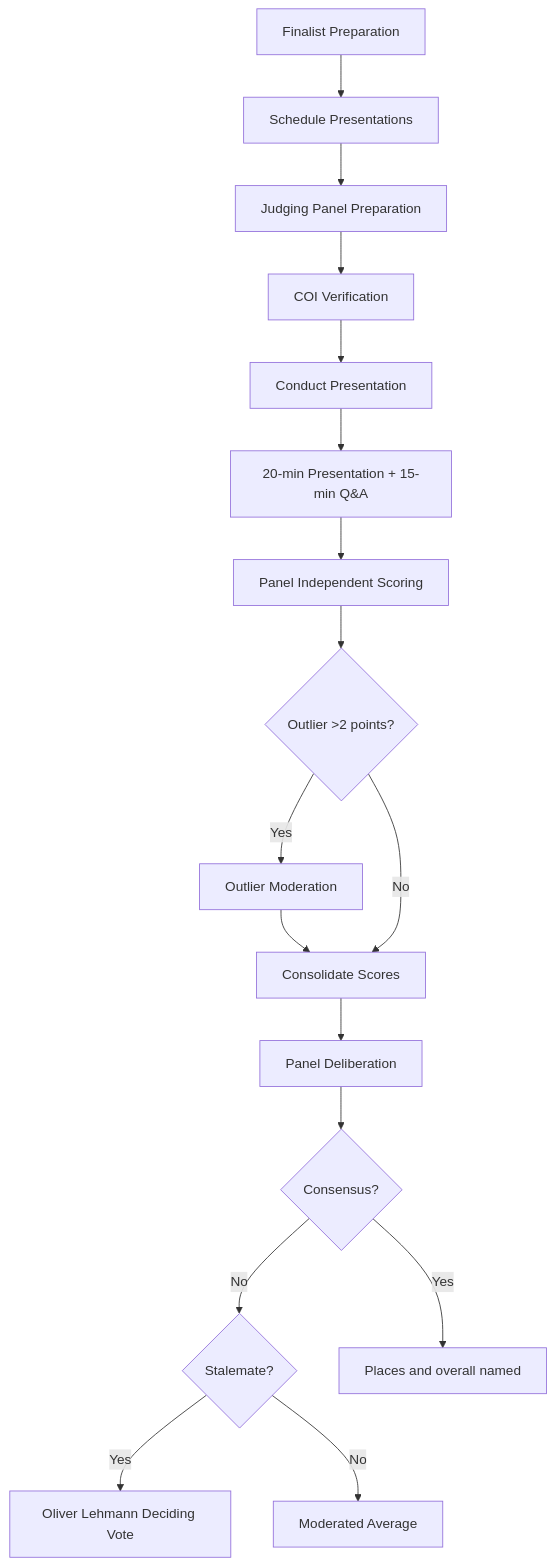
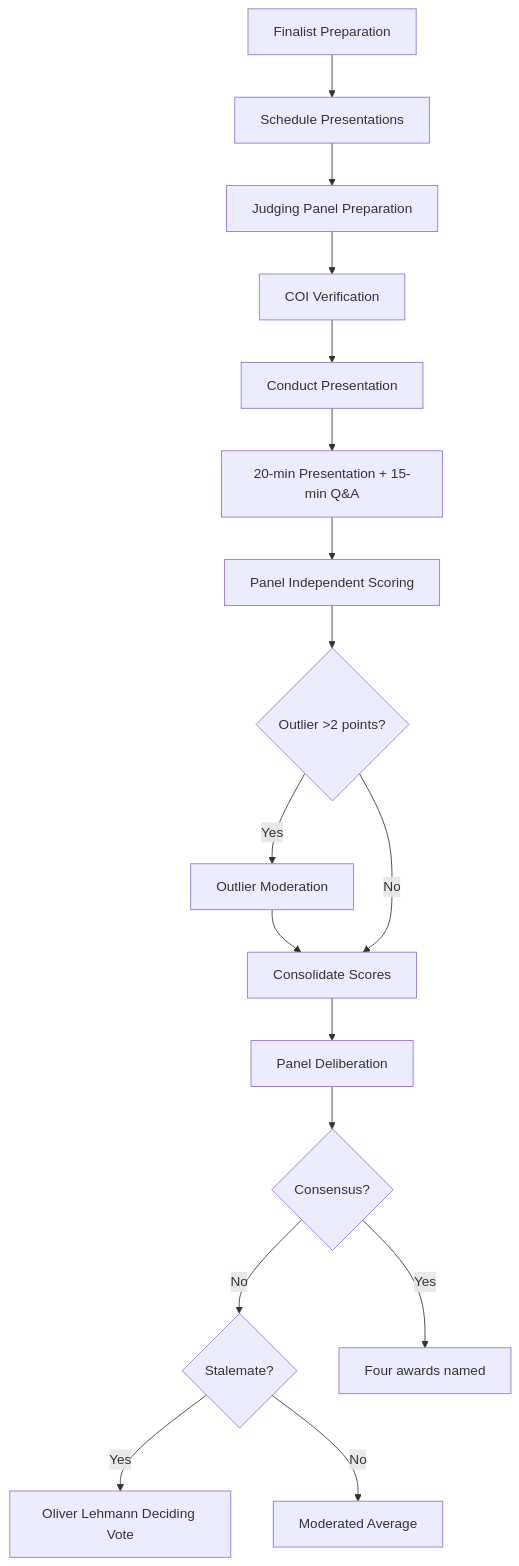
The second of 2 diagrams in Confluence/Project-Contractor-Of-The-Year-Award/129204226 - 2.0 Assessment.md (baloghp/PBF), drawn with Mermaid before and after one commit. The commit also changed other lines of this file and 25 other files, not shown here.

````diff
--- a/Confluence/Project-Contractor-Of-The-Year-Award/129204226 - 2.0 Assessment.md
+++ b/Confluence/Project-Contractor-Of-The-Year-Award/129204226 - 2.0 Assessment.md
@@ -65,19 +65,19 @@
 ```mermaid
 flowchart TD
     A[Finalist Preparation] --> B[Schedule Presentations]
     B --> C[Judging Panel Preparation]
     C --> D[COI Verification]
     D --> E[Conduct Presentation]
     E --> F[20-min Presentation + 15-min Q&A]
     F --> G[Panel Independent Scoring]
     G --> H{Outlier >2 points?}
     H -->|Yes| I[Outlier Moderation]
     I --> J[Consolidate Scores]
     H -->|No| J
     J --> K[Panel Deliberation]
     K --> L{Consensus?}
     L -->|No| M{Stalemate?}
     M -->|Yes| N[Oliver Lehmann Deciding Vote]
     M -->|No| O[Moderated Average]
-    L -->|Yes| P[Places and overall named]
+    L -->|Yes| P[Four awards named]
 ```
````
